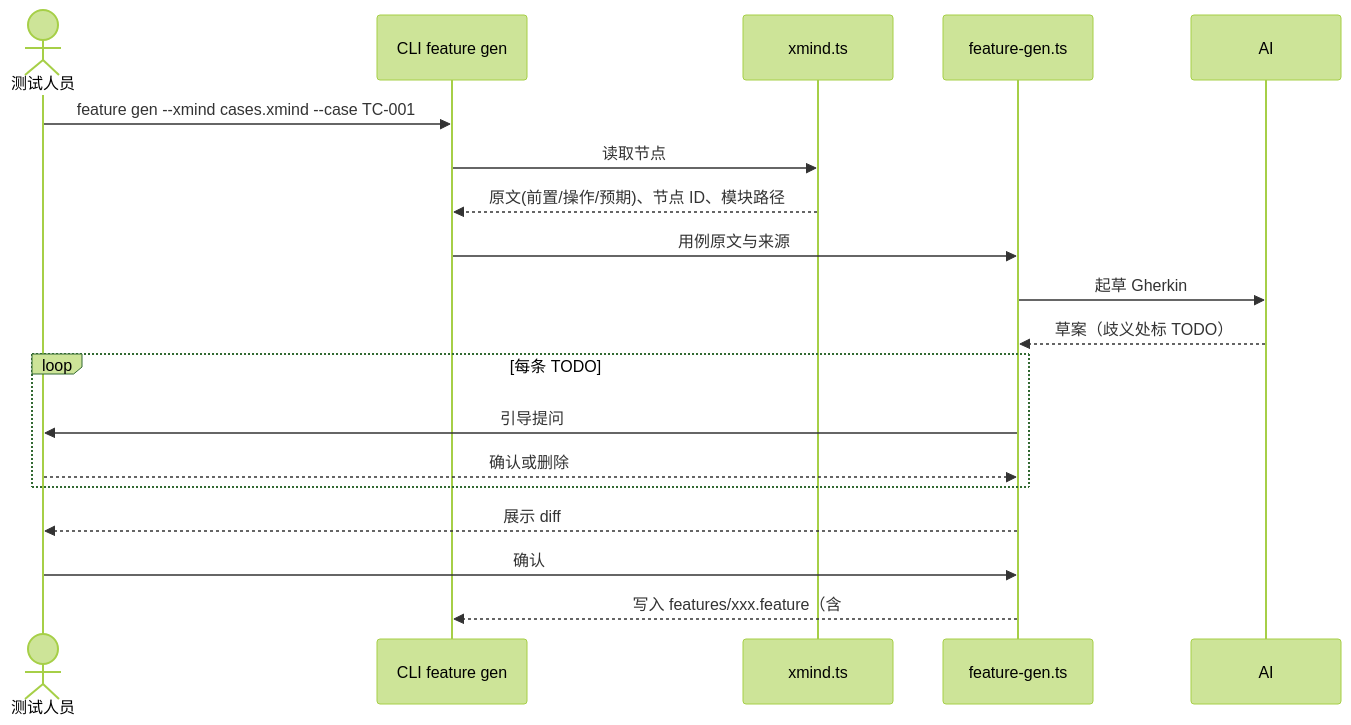
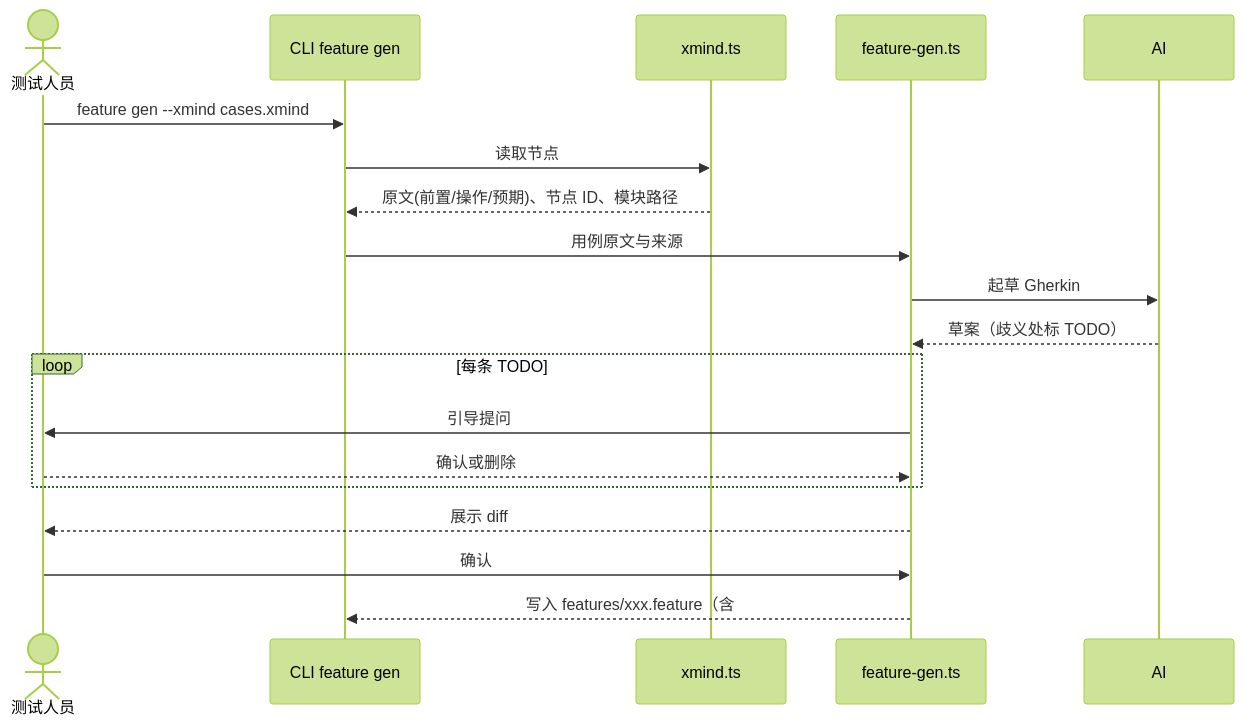
The second of 4 diagrams in docs/browser-test-technical-plan.md (Mone-Lee/browser-automated), drawn with Mermaid (forest theme) before and after one commit. The commit also changed other lines of this file and 2 other files, not shown here.

Commit message:
docs(browser-test): document XMind import behavior

````diff
--- a/docs/browser-test-technical-plan.md
+++ b/docs/browser-test-technical-plan.md
@@ -101,22 +101,22 @@
 ```mermaid
 sequenceDiagram
     actor U as 测试人员
     participant C as CLI feature gen
     participant X as xmind.ts
     participant G as feature-gen.ts
     participant AI as AI
 
-    U->>C: feature gen --xmind cases.xmind --case TC-001
+    U->>C: feature gen --xmind cases.xmind
     C->>X: 读取节点
     X-->>C: 原文(前置/操作/预期)、节点 ID、模块路径
     C->>G: 用例原文与来源
     G->>AI: 起草 Gherkin
     AI-->>G: 草案（歧义处标 TODO）
     loop 每条 TODO
         G->>U: 引导提问
         U-->>G: 确认或删除
     end
     G-->>U: 展示 diff
     U->>G: 确认
     G-->>C: 写入 features/xxx.feature（含 # source）
 ```
````
